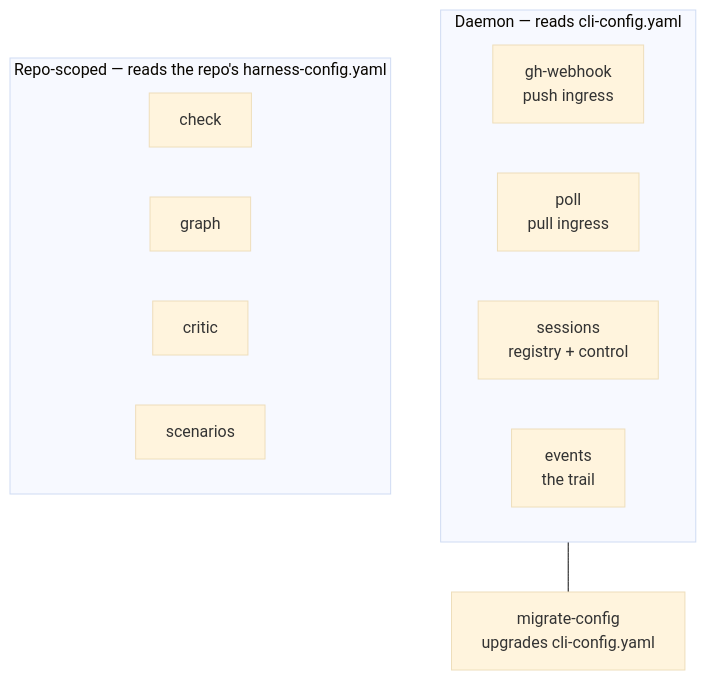
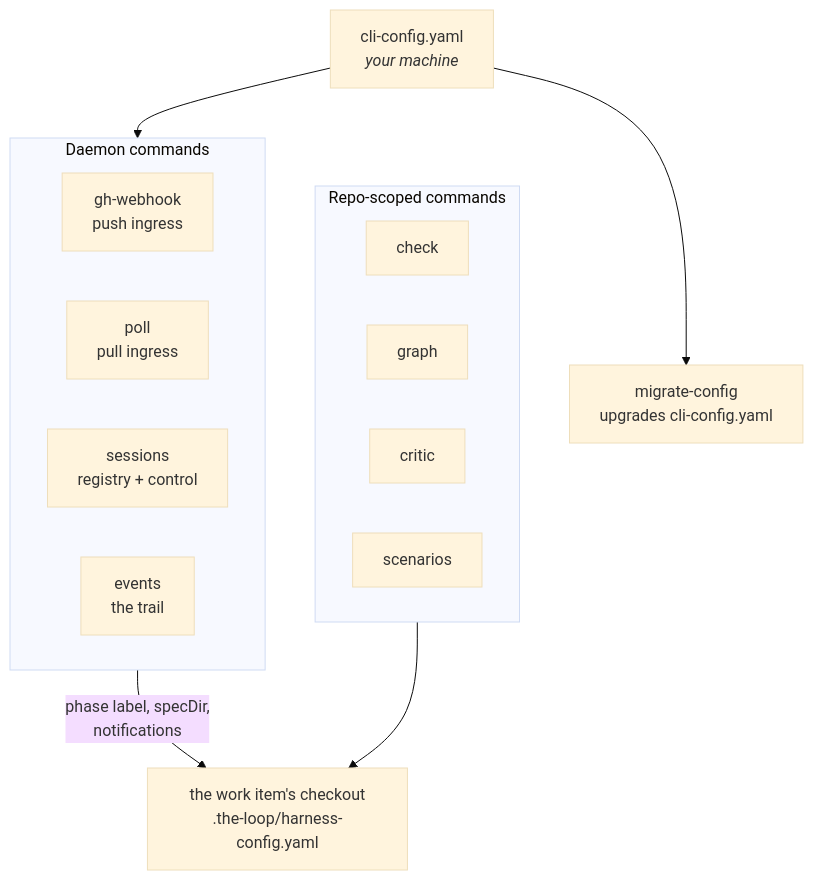
One commit to MadaraUchiha-314/the-loop changed the diagram in docs/cli/index.md. Above: the diagram before and after it, drawn with Mermaid (base theme). The commit also changed other lines of this file and 19 other files, not shown here.

First line of the commit message:
docs(issue-121): state the harness-config read rule as a direction, and pin it (#122)

````diff
--- a/docs/cli/index.md
+++ b/docs/cli/index.md
@@ -50,17 +50,22 @@
 ```mermaid
 graph TD
-  subgraph D["Daemon — reads cli-config.yaml"]
+  CFG["cli-config.yaml<br/><i>your machine</i>"]
+  subgraph D["Daemon commands"]
     GW["gh-webhook<br/>push ingress"]
     PO["poll<br/>pull ingress"]
     SE["sessions<br/>registry + control"]
     EV["events<br/>the trail"]
   end
-  subgraph R["Repo-scoped — reads the repo's harness-config.yaml"]
+  subgraph R["Repo-scoped commands"]
     CH["check"]
     GR["graph"]
     CR["critic"]
     SC["scenarios"]
   end
+  HC["the work item's checkout<br/>.the-loop/harness-config.yaml"]
   MC["migrate-config<br/>upgrades cli-config.yaml"]
-  D --- MC
+  CFG --> D
+  CFG --> MC
+  D -->|"phase label, specDir,<br/>notifications"| HC
+  R --> HC
 ```
````
